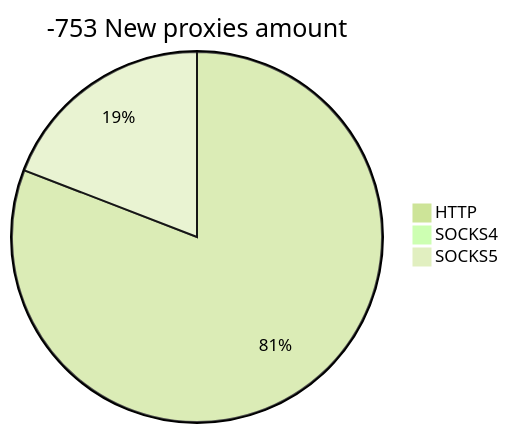
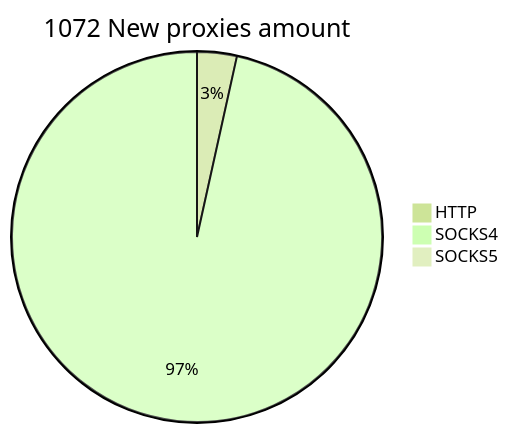
Before and after one commit to cutipu/proxylist: the second of 2 diagrams in README.md, drawn with Mermaid (forest theme). The commit also changed other lines of this file, not shown here.

````diff
--- a/README.md
+++ b/README.md
@@ -10,6 +10,6 @@
 ```mermaid
-pie title -753 New proxies amount
-    "HTTP" : 93
-    "SOCKS4" : 0
-    "SOCKS5" : 22
+pie title 1072 New proxies amount
+    "HTTP" : 38
+    "SOCKS4" : 1059
+    "SOCKS5" : 0
 ```
````
